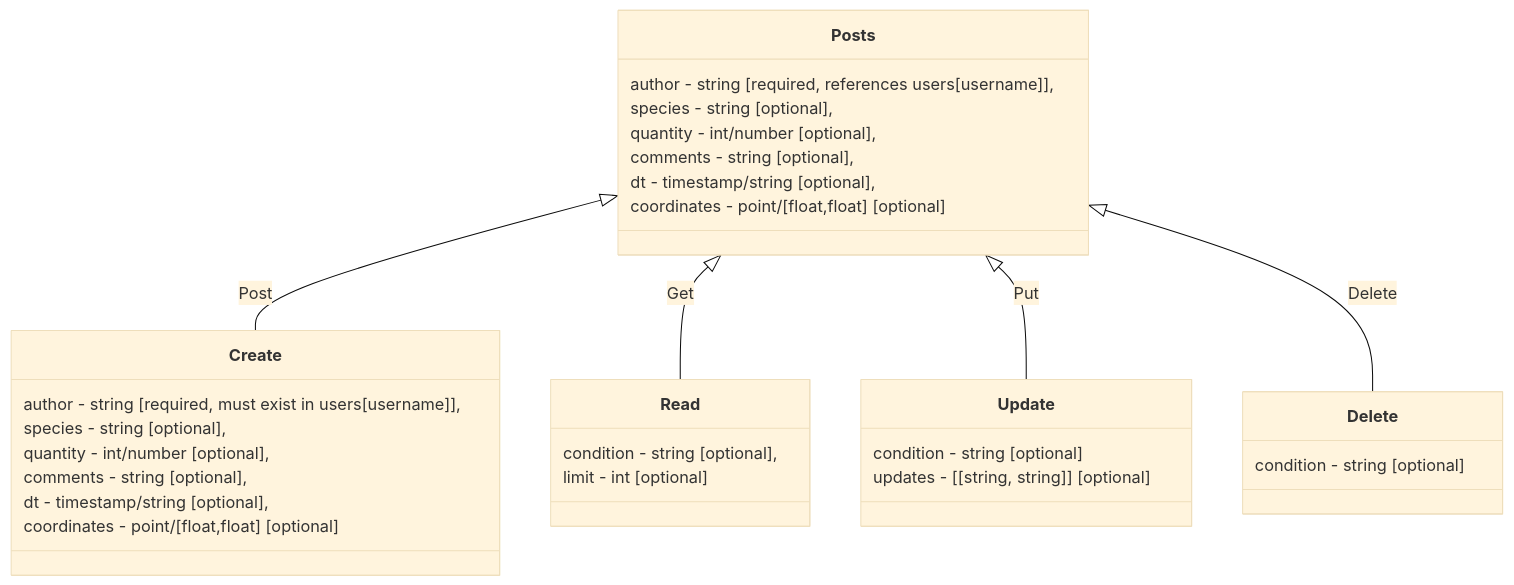
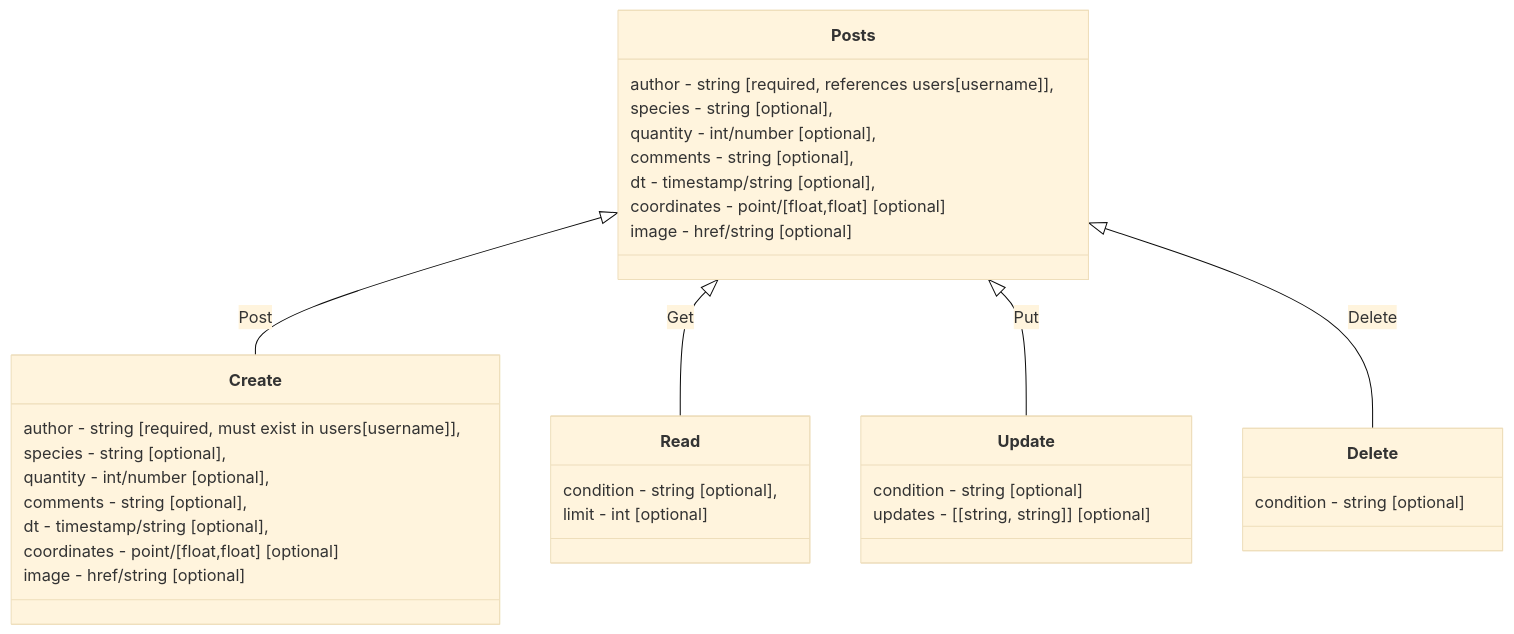
Before and after one commit to amandeepksingh/WildWhere: the fourth of 5 diagrams in Backend/Architecture/Diagrams.md, drawn with Mermaid (base theme). The commit also changed other lines of this file, not shown here.

Commit message:
Adding image to diagrams although not yet supported locally

````diff
--- a/Backend/Architecture/Diagrams.md
+++ b/Backend/Architecture/Diagrams.md
@@ -59,29 +59,31 @@
 ```mermaid
 classDiagram
 Posts : author - string [required, references users[username]], 
 Posts : species - string [optional],
 Posts : quantity - int/number [optional],
 Posts : comments - string [optional],
 Posts : dt - timestamp/string [optional],
 Posts : coordinates - point/[float,float] [optional]
+Posts : image - href/string [optional]
 
 Posts <|-- Create : Post
 Posts <|-- Read : Get
 Posts <|-- Update : Put
 Posts <|-- Delete : Delete
 
 Create : author - string [required, must exist in users[username]], 
 Create : species - string [optional],
 Create : quantity - int/number [optional],
 Create : comments - string [optional],
 Create : dt - timestamp/string [optional],
 Create : coordinates - point/[float,float] [optional]
+Create : image - href/string [optional]
 
 Read : condition - string [optional],
 Read : limit - int [optional]
 
 Update : condition - string [optional]
 Update : updates - [[string, string]] [optional]
 
 Delete : condition - string [optional]
 ```
````
